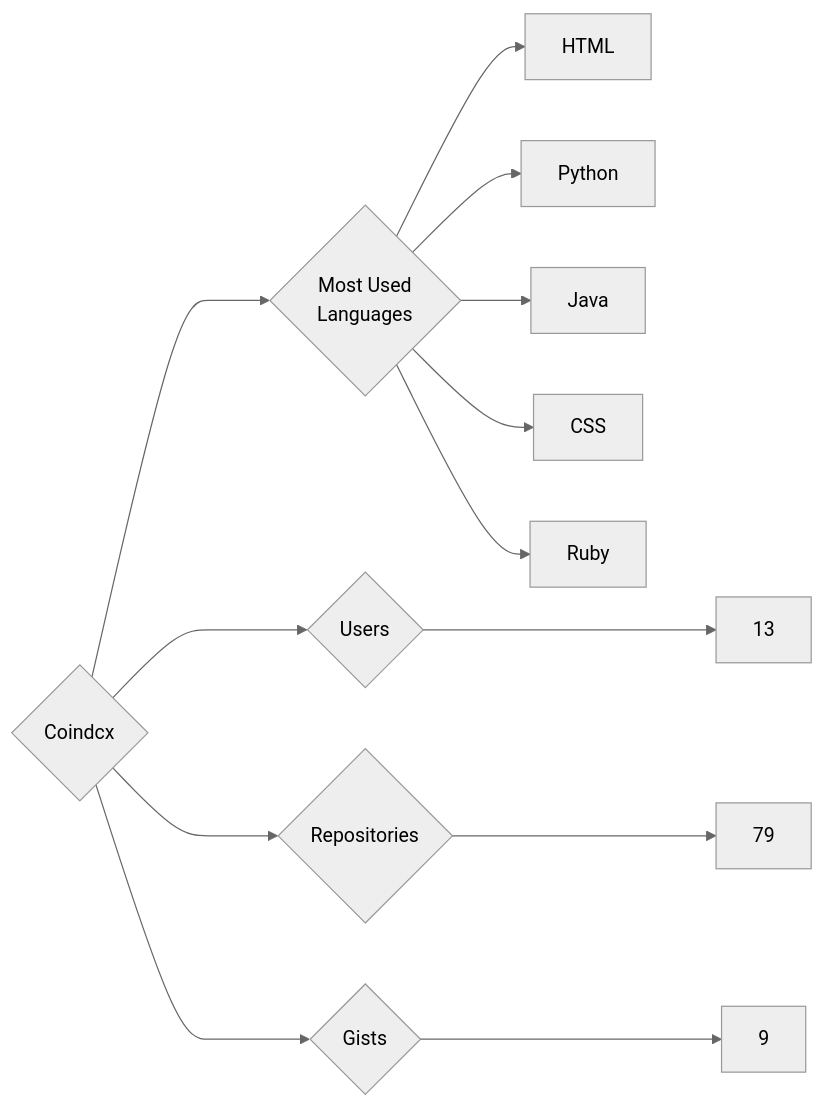
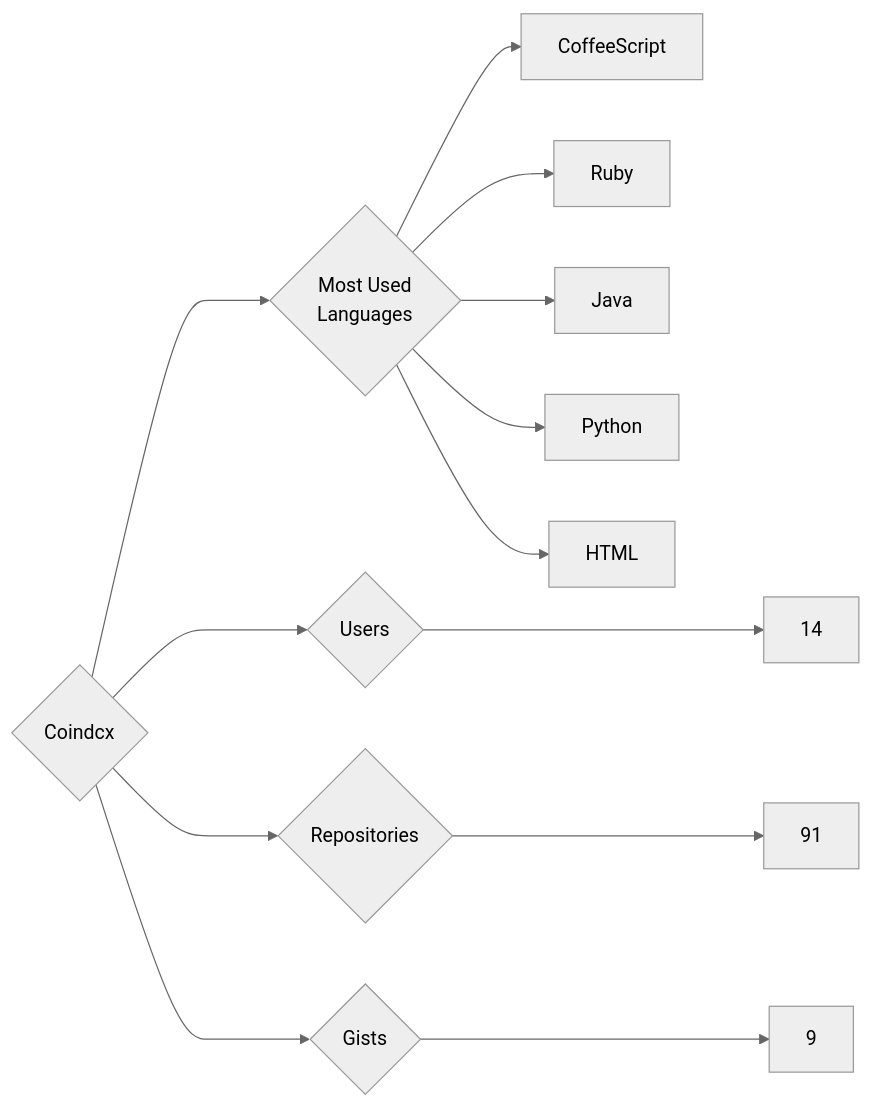
The diagram in targets/Coindcx/README.md (trickest/insiders), drawn with Mermaid (neutral theme) before and after one commit. The commit also changed 1120 other files, not shown here.

````diff
--- a/targets/Coindcx/README.md
+++ b/targets/Coindcx/README.md
@@ -3,13 +3,13 @@
 ```mermaid
 graph LR
 COMPANY_NAME{Coindcx}
-COMPANY_NAME ---> U{Users} ---> UN[13]
-COMPANY_NAME ---> R{Repositories} ---> RN[79]
+COMPANY_NAME ---> U{Users} ---> UN[14]
+COMPANY_NAME ---> R{Repositories} ---> RN[91]
 COMPANY_NAME ---> G{Gists} ---> GN[9]
 COMPANY_NAME ---> ML{Most Used<br>Languages}
+ML --> CoffeeScript[CoffeeScript]
+ML --> Ruby[Ruby]
+ML --> Java[Java]
+ML --> Python[Python]
 ML --> HTML[HTML]
-ML --> Python[Python]
-ML --> Java[Java]
-ML --> CSS[CSS]
-ML --> Ruby[Ruby]
 ```
````
